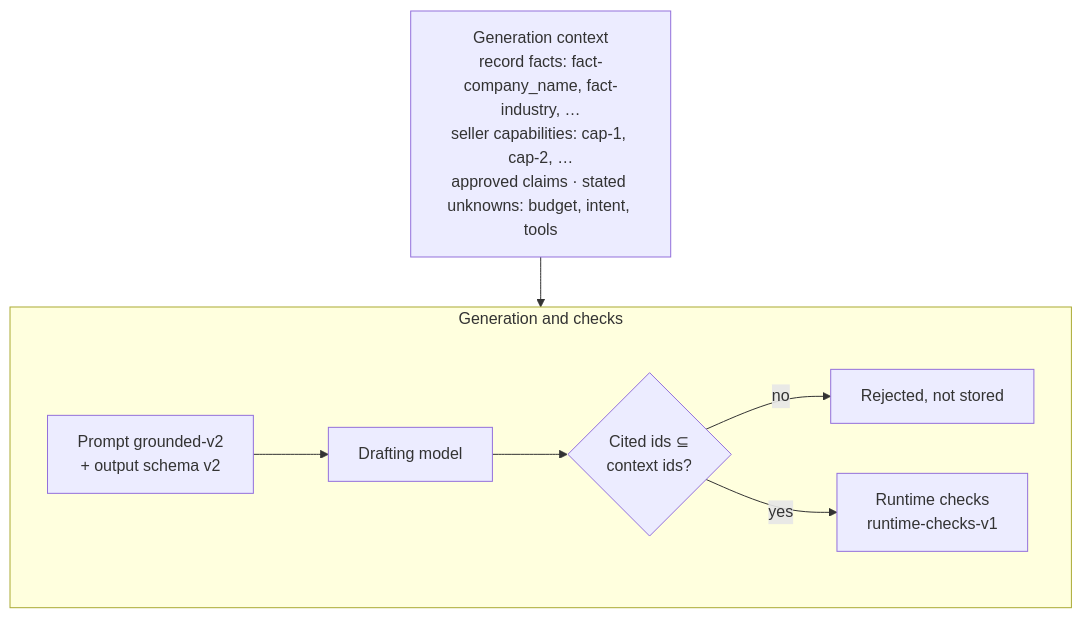
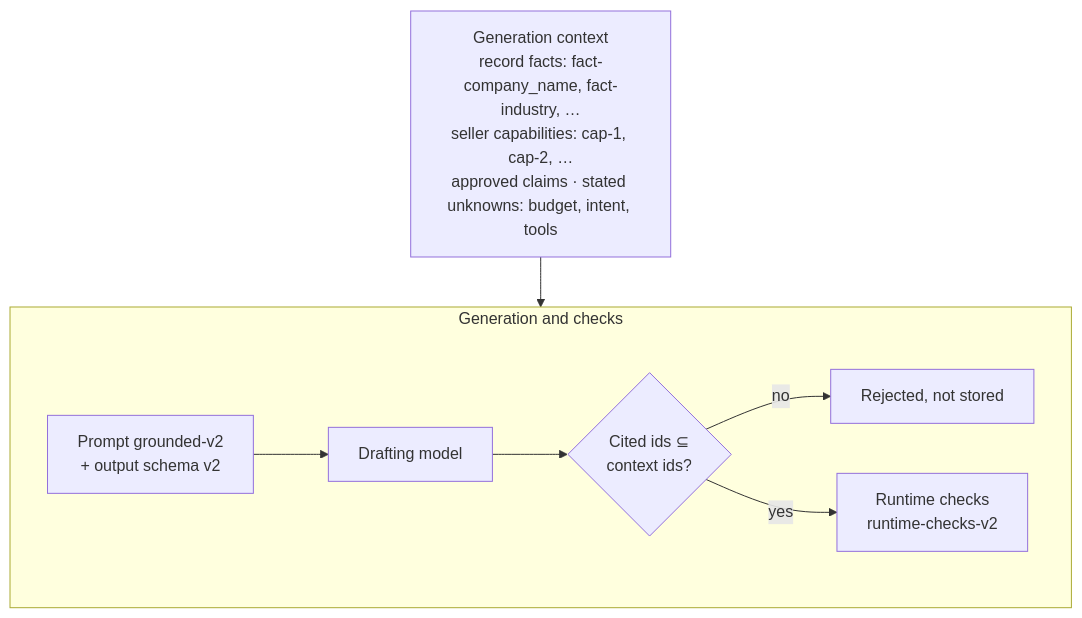
Before and after one commit to AhmedKamal-41/gtmflow-ai: the fourth of 5 diagrams in PROJECT.md, drawn with Mermaid. The commit also changed other lines of this file and 103 other files, not shown here.

````diff
--- a/PROJECT.md
+++ b/PROJECT.md
@@ -528,12 +660,12 @@
 ```mermaid
 flowchart TB
     Context["Generation context<br/>record facts: fact-company_name, fact-industry, …<br/>seller capabilities: cap-1, cap-2, …<br/>approved claims · stated unknowns: budget, intent, tools"]
     subgraph Pipeline["Generation and checks"]
         direction LR
         P["Prompt grounded-v2<br/>+ output schema v2"] --> M["Drafting model"]
         M --> V{"Cited ids ⊆<br/>context ids?"}
         V -->|no| X["Rejected, not stored"]
-        V -->|yes| Q["Runtime checks<br/>runtime-checks-v1"]
+        V -->|yes| Q["Runtime checks<br/>runtime-checks-v2"]
     end
     Context --> Pipeline
 ```
````
